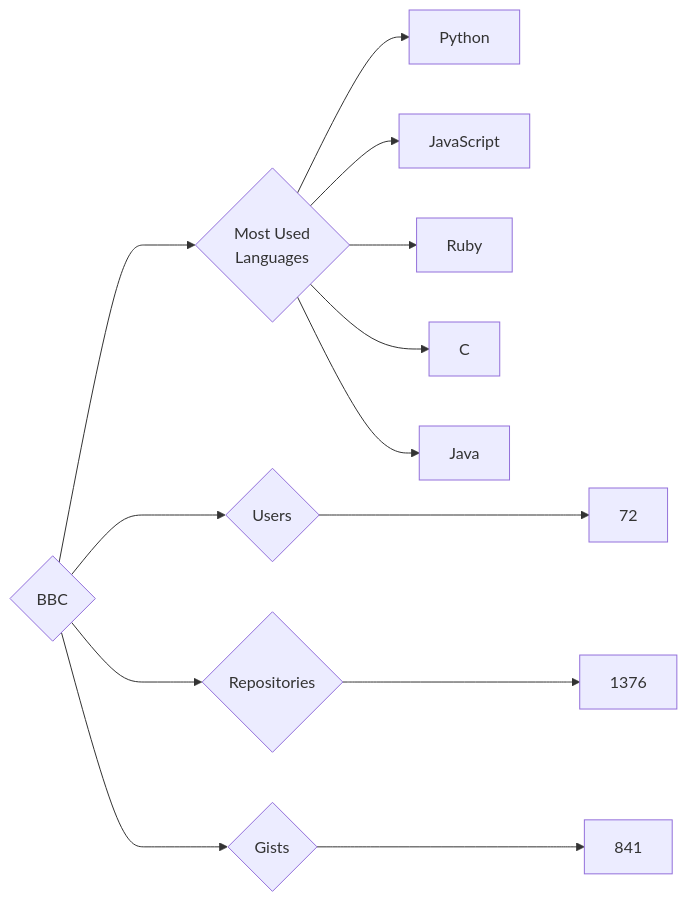
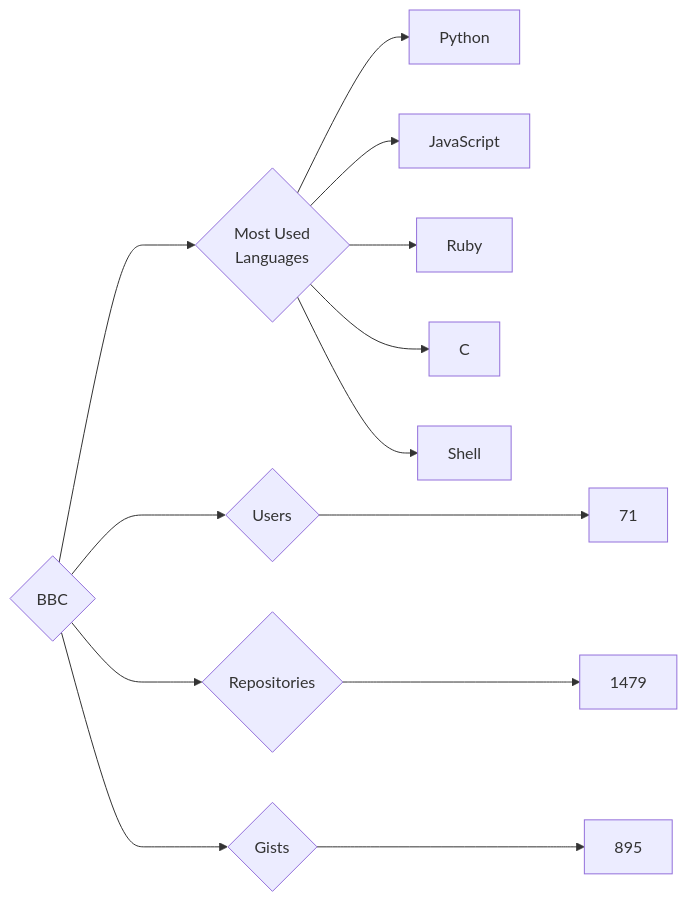
The diagram in targets/BBC/README.md (trickest/insiders), drawn with Mermaid before and after one commit. The commit also changed 773 other files, not shown here.

````diff
--- a/targets/BBC/README.md
+++ b/targets/BBC/README.md
@@ -3,13 +3,13 @@
 ```mermaid
 graph LR
 COMPANY_NAME{BBC}
-COMPANY_NAME ---> U{Users} ---> UN[72]
-COMPANY_NAME ---> R{Repositories} ---> RN[1376]
-COMPANY_NAME ---> G{Gists} ---> GN[841]
+COMPANY_NAME ---> U{Users} ---> UN[71]
+COMPANY_NAME ---> R{Repositories} ---> RN[1479]
+COMPANY_NAME ---> G{Gists} ---> GN[895]
 COMPANY_NAME ---> ML{Most Used<br>Languages}
 ML --> Python[Python]
 ML --> JavaScript[JavaScript]
 ML --> Ruby[Ruby]
 ML --> C[C]
-ML --> Java[Java]
+ML --> Shell[Shell]
 ```
````
